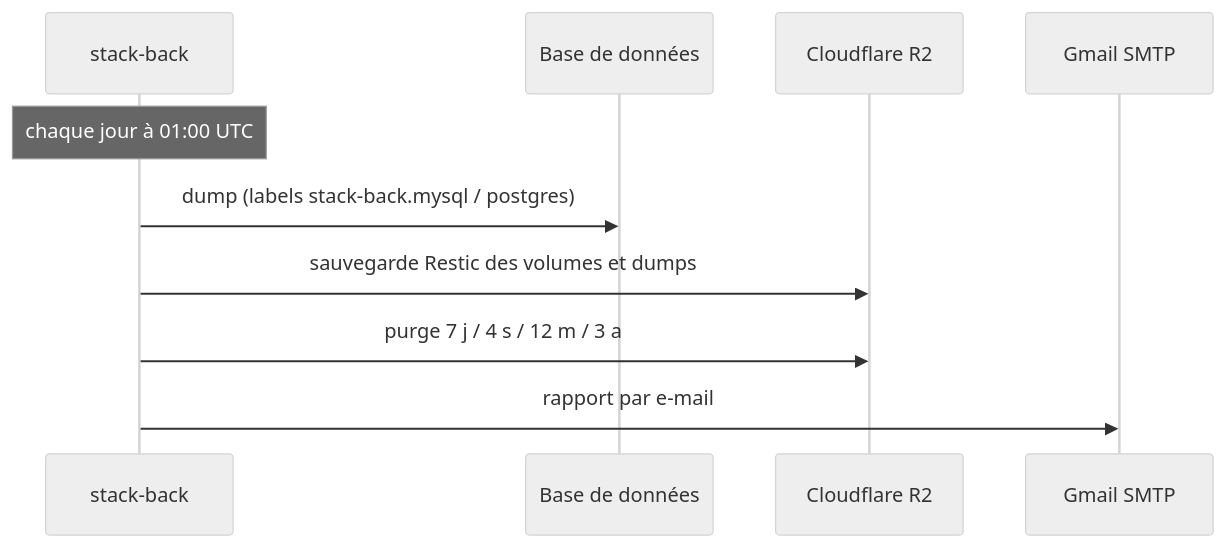
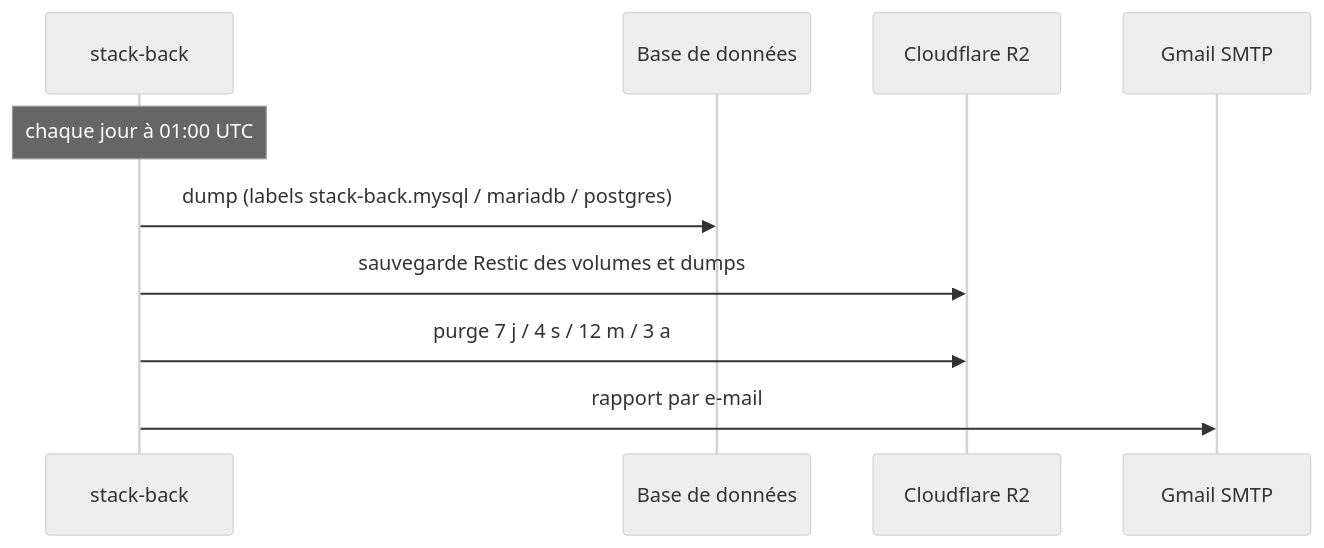
The second of 2 diagrams in docs/architecture/arc42/06-runtime-view.md (constructions-incongrues/superlarsen), drawn with Mermaid (neutral theme) before and after one commit. The commit also changed other lines of this file and 21 other files, not shown here.

````diff
--- a/docs/architecture/arc42/06-runtime-view.md
+++ b/docs/architecture/arc42/06-runtime-view.md
@@ -24,12 +30,12 @@
 ```mermaid
 sequenceDiagram
     participant B as stack-back
     participant D as Base de données
     participant R as Cloudflare R2
     participant E as Gmail SMTP
     Note over B: chaque jour à 01:00 UTC
-    B->>D: dump (labels stack-back.mysql / postgres)
+    B->>D: dump (labels stack-back.mysql / mariadb / postgres)
     B->>R: sauvegarde Restic des volumes et dumps
     B->>R: purge 7 j / 4 s / 12 m / 3 a
     B->>E: rapport par e-mail
 ```
````
